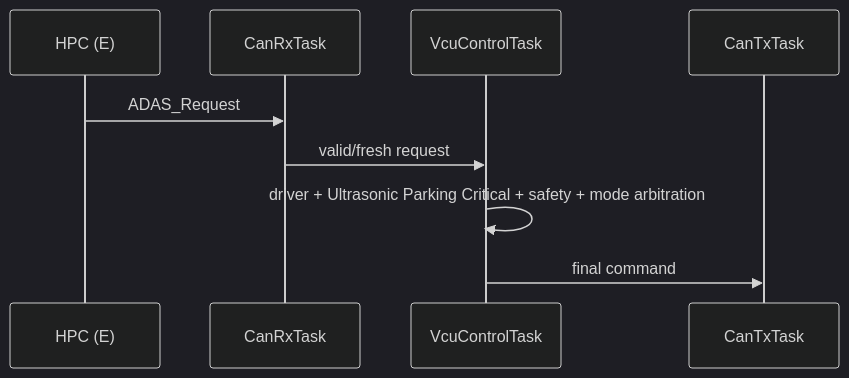
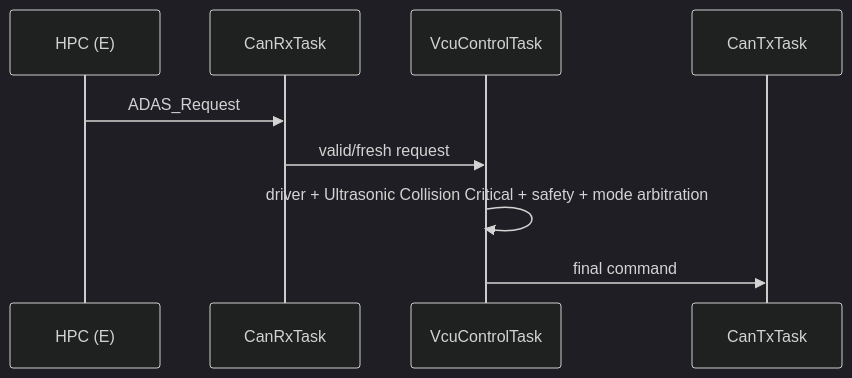
The third of 5 diagrams in docs/ecus/VCU_DTC_CAN_Integration/ARCHITECTURE.md (sunmaan22/SDV_MCU_Project), drawn with Mermaid (dark theme) before and after one commit. The commit also changed other lines of this file and 33 other files, not shown here.

First line of the commit message:
docs: replace parking with collision warning and repair scope inconsistencies

````diff
--- a/docs/ecus/VCU_DTC_CAN_Integration/ARCHITECTURE.md
+++ b/docs/ecus/VCU_DTC_CAN_Integration/ARCHITECTURE.md
@@ -221,11 +221,11 @@
 ```mermaid
 sequenceDiagram
     participant HPC as HPC (E)
     participant RX as CanRxTask
     participant VC as VcuControlTask
     participant TX as CanTxTask
     HPC->>RX: ADAS_Request
     RX->>VC: valid/fresh request
-    VC->>VC: driver + Ultrasonic Parking Critical + safety + mode arbitration
+    VC->>VC: driver + Ultrasonic Collision Critical + safety + mode arbitration
     VC->>TX: final command
 ```
````
